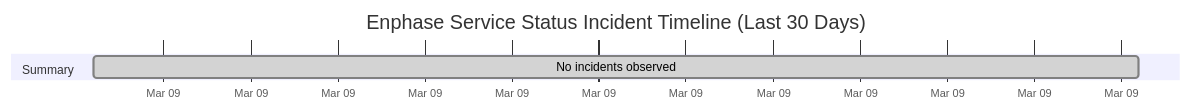
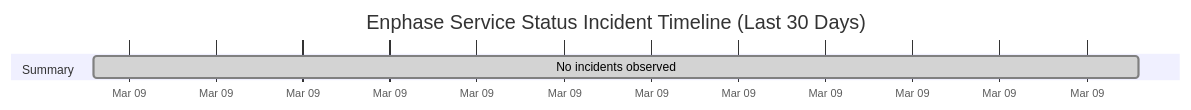
Before and after one commit to barneyonline/ha-enphase-ev-charger: the diagram in wiki/Service-Status-History.md, drawn with Mermaid. The commit also changed other lines of this file and 3 other files, not shown here.

````diff
--- a/wiki/Service-Status-History.md
+++ b/wiki/Service-Status-History.md
@@ -14,8 +14,8 @@
 ```mermaid
 gantt
     title Enphase Service Status Incident Timeline (Last 30 Days)
     dateFormat  YYYY-MM-DDTHH:mm:ss
     axisFormat  %b %d
     section Summary
-    No incidents observed :done, 2026-03-09T16:48:31, 1m
+    No incidents observed :done, 2026-03-09T17:40:38, 1m
 ```
````
